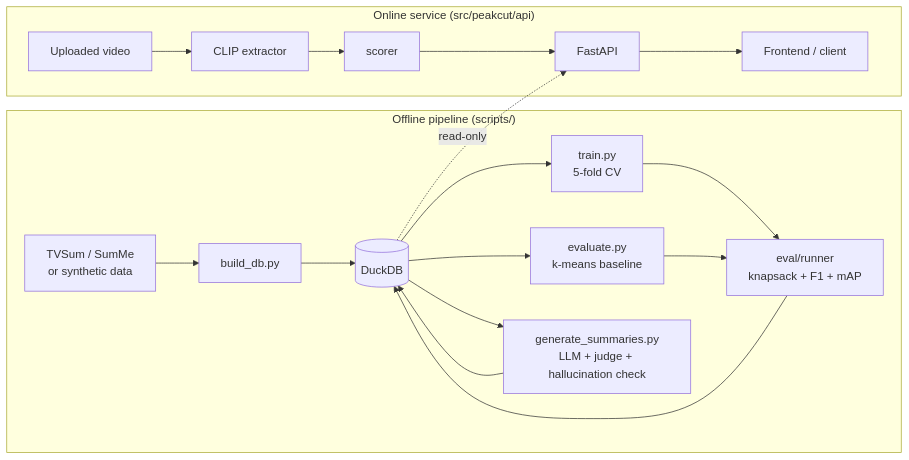
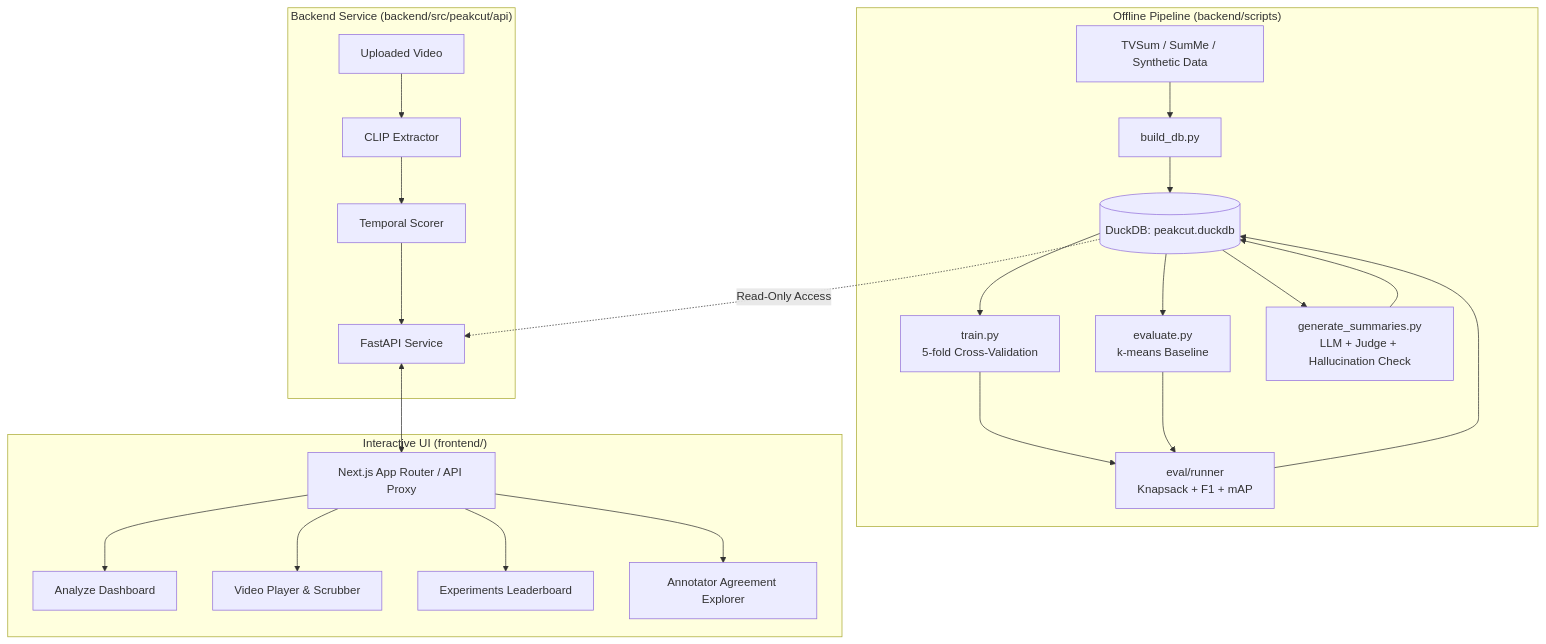
Before and after one commit to AARAV-git/peakcut: the first of 2 diagrams in README.md, drawn with Mermaid. The commit also changed other lines of this file, not shown here.

Commit message:
docs: modernize and update README with full-stack architecture and accurate quick start

````diff
--- a/README.md
+++ b/README.md
@@ -47,19 +50,27 @@
 ```mermaid
-flowchart LR
-    subgraph Offline["Offline pipeline (scripts/)"]
-        A[TVSum / SumMe<br/>or synthetic data] --> B[build_db.py]
-        B --> C[(DuckDB)]
-        C --> D[train.py<br/>5-fold CV]
-        C --> E[evaluate.py<br/>k-means baseline]
-        D --> F[eval/runner<br/>knapsack + F1 + mAP]
+flowchart TD
+    subgraph Offline["Offline Pipeline (backend/scripts)"]
+        A[TVSum / SumMe / Synthetic Data] --> B[build_db.py]
+        B --> C[(DuckDB: peakcut.duckdb)]
+        C --> D[train.py<br/>5-fold Cross-Validation]
+        C --> E[evaluate.py<br/>k-means Baseline]
+        D --> F[eval/runner<br/>Knapsack + F1 + mAP]
         E --> F
         F --> C
-        C --> G[generate_summaries.py<br/>LLM + judge + hallucination check]
+        C --> G[generate_summaries.py<br/>LLM + Judge + Hallucination Check]
         G --> C
     end
-    subgraph Online["Online service (src/peakcut/api)"]
-        C -. read-only .-> H[FastAPI]
-        U[Uploaded video] --> I[CLIP extractor] --> J[scorer] --> H
-        H --> K[Frontend / client]
+
+    subgraph Service["Backend Service (backend/src/peakcut/api)"]
+        C -. "Read-Only Access" .-> H[FastAPI Service]
+        U[Uploaded Video] --> I[CLIP Extractor] --> J[Temporal Scorer] --> H
+    end
+
+    subgraph Client["Interactive UI (frontend/)"]
+        H <--> K[Next.js App Router / API Proxy]
+        K --> L[Analyze Dashboard]
+        K --> M[Video Player & Scrubber]
+        K --> N[Experiments Leaderboard]
+        K --> O[Annotator Agreement Explorer]
     end
 ```
````
